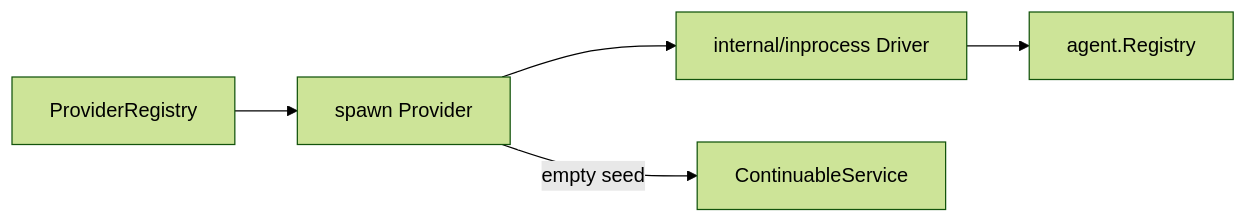
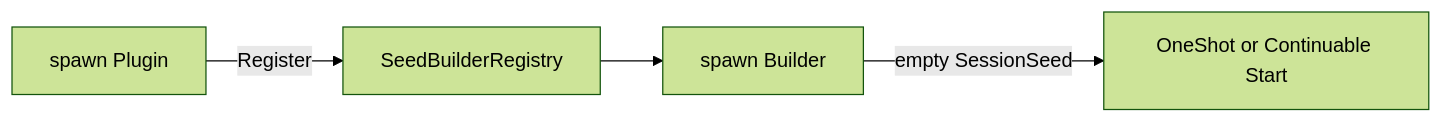
One commit to gorenx/goren changed the diagram in subagent/spawn/README.zh-CN.md. Above: the diagram before and after it, drawn with Mermaid (forest theme). The commit also changed other lines of this file and 36 other files, not shown here.

````diff
--- a/subagent/spawn/README.zh-CN.md
+++ b/subagent/spawn/README.zh-CN.md
@@ -5,7 +5,6 @@
 ```mermaid
 flowchart LR
-    Registry[ProviderRegistry] --> Provider[spawn Provider]
-    Provider --> Driver[internal/inprocess Driver]
-    Provider -->|empty seed| Continuation[ContinuableService]
-    Driver --> Agent[agent.Registry]
+    Plugin[spawn Plugin] -->|Register| Registry[SeedBuilderRegistry]
+    Registry --> Builder[spawn Builder]
+    Builder -->|empty SessionSeed| Start[OneShot or Continuable Start]
 ```
````
